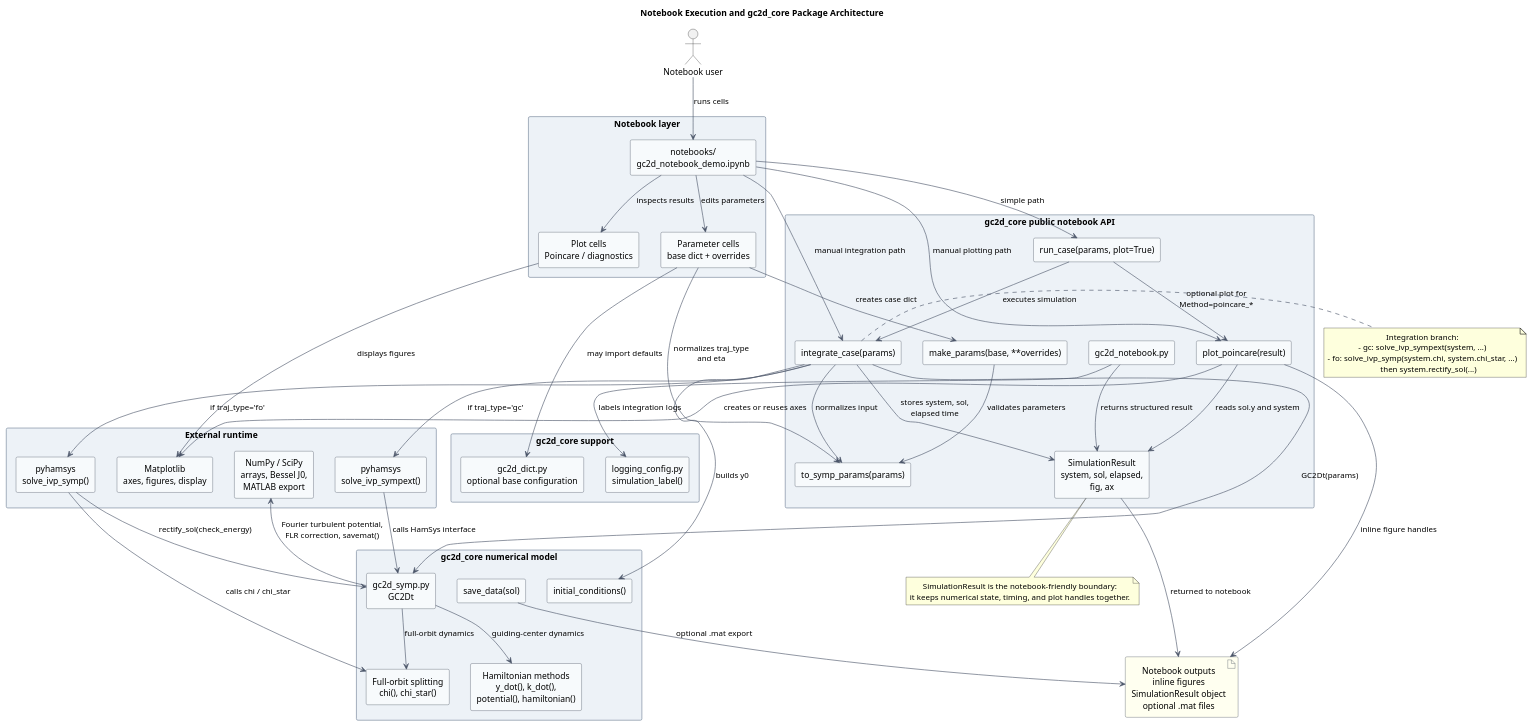
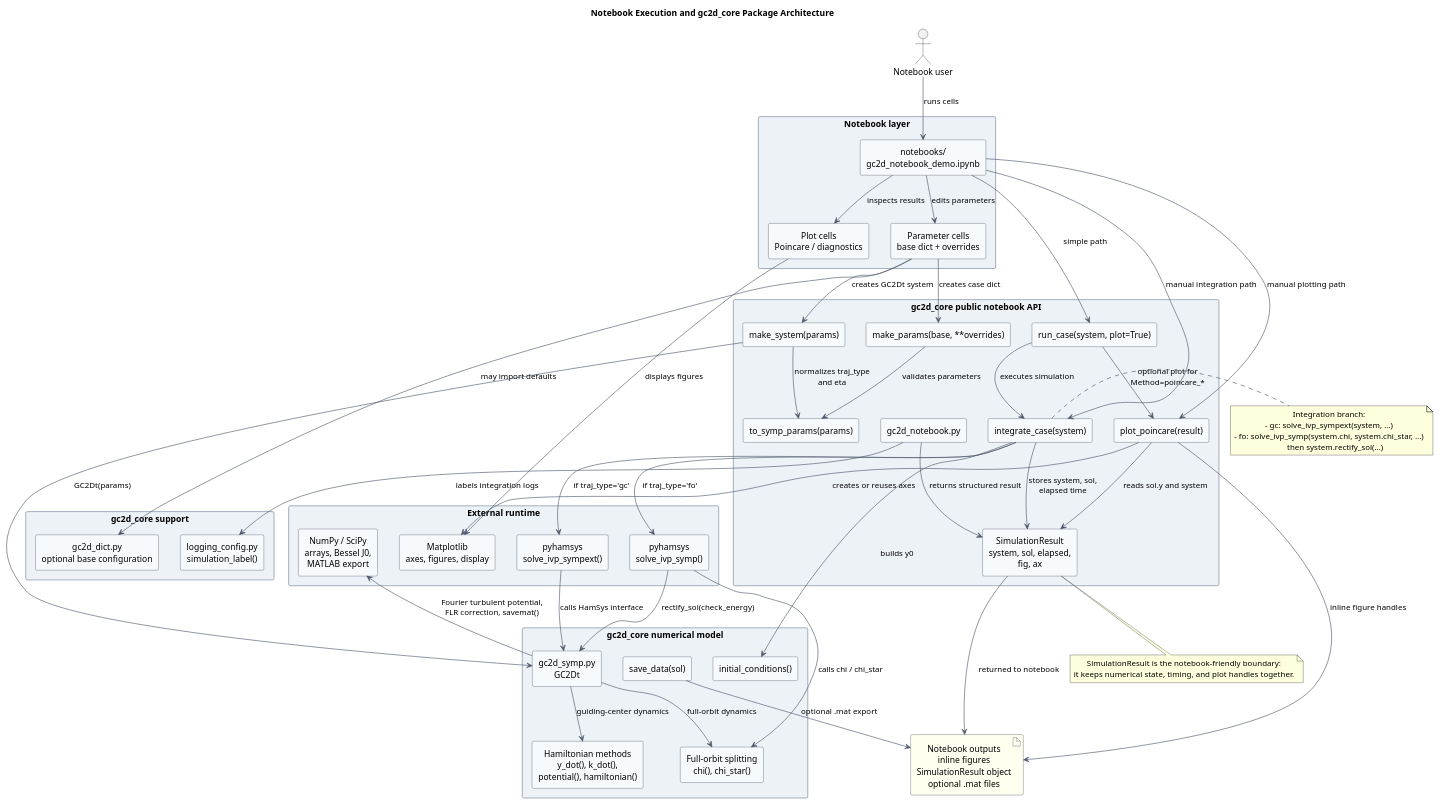
One commit to Jugibe-52/GC2D_intranet changed the diagram in docs/notebook_core_architecture.puml. Above: the diagram before and after it, drawn with PlantUML. The commit also changed 5 other files, not shown here.

```diff
--- a/docs/notebook_core_architecture.puml
+++ b/docs/notebook_core_architecture.puml
@@ -1,110 +1,111 @@
 @startuml GC2D_notebook_core_architecture
 title Notebook Execution and gc2d_core Package Architecture
 
 skinparam componentStyle rectangle
 skinparam shadowing false
 skinparam packageStyle rectangle
 skinparam defaultTextAlignment center
 skinparam ArrowColor #4A5568
 skinparam ComponentBorderColor #2D3748
 skinparam ComponentBackgroundColor #F7FAFC
 skinparam PackageBorderColor #718096
 skinparam PackageBackgroundColor #EDF2F7
 skinparam ArtifactBorderColor #2D3748
 skinparam ArtifactBackgroundColor #FFFFF0
 
 actor "Notebook user" as user
 
 package "Notebook layer" {
   component "notebooks/\ngc2d_notebook_demo.ipynb" as notebook
   component "Parameter cells\nbase dict + overrides" as params_cells
   component "Plot cells\nPoincare / diagnostics" as plot_cells
 }
 
 package "gc2d_core public notebook API" {
   component "gc2d_notebook.py" as notebook_api
   component "make_params(base, **overrides)" as make_params
+  component "make_system(params)" as make_system
   component "to_symp_params(params)" as to_symp_params
-  component "run_case(params, plot=True)" as run_case
-  component "integrate_case(params)" as integrate_case
+  component "run_case(system, plot=True)" as run_case
+  component "integrate_case(system)" as integrate_case
   component "plot_poincare(result)" as plot_poincare
   component "SimulationResult\nsystem, sol, elapsed,\nfig, ax" as result
 }
 
 package "gc2d_core numerical model" {
   component "gc2d_symp.py\nGC2Dt" as gc2dt
   component "initial_conditions()" as initial_conditions
   component "Hamiltonian methods\ny_dot(), k_dot(),\npotential(), hamiltonian()" as hamiltonian_methods
   component "Full-orbit splitting\nchi(), chi_star()" as splitting_methods
   component "save_data(sol)" as save_data
 }
 
 package "gc2d_core support" {
   component "gc2d_dict.py\noptional base configuration" as gc2d_dict
   component "logging_config.py\nsimulation_label()" as logging_config
 }
 
 package "External runtime" {
   component "pyhamsys\nsolve_ivp_sympext()" as solve_gc
   component "pyhamsys\nsolve_ivp_symp()" as solve_fo
   component "NumPy / SciPy\narrays, Bessel J0,\nMATLAB export" as scientific_stack
   component "Matplotlib\naxes, figures, display" as matplotlib
 }
 
 artifact "Notebook outputs\ninline figures\nSimulationResult object\noptional .mat files" as outputs
 
 user --> notebook : runs cells
 notebook --> params_cells : edits parameters
 notebook --> plot_cells : inspects results
 
 params_cells --> gc2d_dict : may import defaults
 params_cells --> make_params : creates case dict
-params_cells --> to_symp_params : normalizes traj_type\nand eta
+params_cells --> make_system : creates GC2Dt system
 
 notebook --> run_case : simple path
 notebook --> integrate_case : manual integration path
 notebook --> plot_poincare : manual plotting path
 
 notebook_api --> logging_config : labels integration logs
 notebook_api --> result : returns structured result
 
 make_params --> to_symp_params : validates parameters
+make_system --> to_symp_params : normalizes traj_type\nand eta
+make_system --> gc2dt : GC2Dt(params)
 run_case --> integrate_case : executes simulation
 run_case --> plot_poincare : optional plot for\nMethod=poincare_*
 
-integrate_case --> to_symp_params : normalizes input
-integrate_case --> gc2dt : GC2Dt(params)
 integrate_case --> initial_conditions : builds y0
 integrate_case --> solve_gc : if traj_type='gc'
 integrate_case --> solve_fo : if traj_type='fo'
 integrate_case --> result : stores system, sol,\nelapsed time
 
 gc2dt --> hamiltonian_methods : guiding-center dynamics
 gc2dt --> splitting_methods : full-orbit dynamics
 gc2dt --> scientific_stack : Fourier turbulent potential,\nFLR correction, savemat()
 
 solve_gc --> gc2dt : calls HamSys interface
 solve_fo --> splitting_methods : calls chi / chi_star
 solve_fo --> gc2dt : rectify_sol(check_energy)
 
 plot_poincare --> result : reads sol.y and system
 plot_poincare --> matplotlib : creates or reuses axes
 plot_cells --> matplotlib : displays figures
 
 save_data --> outputs : optional .mat export
 plot_poincare --> outputs : inline figure handles
 result --> outputs : returned to notebook
 
 note right of integrate_case
   Integration branch:
   - gc: solve_ivp_sympext(system, ...)
   - fo: solve_ivp_symp(system.chi, system.chi_star, ...)
         then system.rectify_sol(...)
 end note
 
 note bottom of result
   SimulationResult is the notebook-friendly boundary:
   it keeps numerical state, timing, and plot handles together.
 end note
 
 @enduml
```
